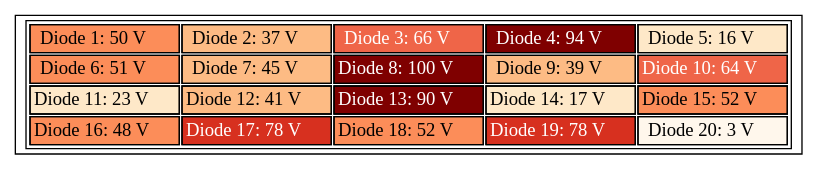
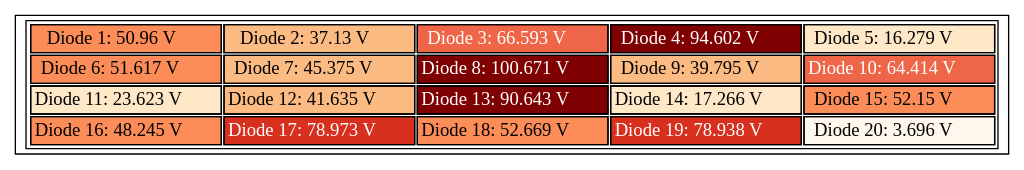
Before and after one commit to Karan-Takh/Diode-Dosimetry-Array: the diagram in array_table.gv, drawn with Graphviz. The commit also changed 2 other files, not shown here.

```diff
--- a/array_table.gv
+++ b/array_table.gv
@@ -1,33 +1,33 @@
 graph array_table {
 	node [shape=rectangle]
 	"Diode Array" [label=<<TABLE>
     <TR>
-        <TD bgcolor="5"><FONT COLOR="black">Diode 1: 50 V</FONT></TD>
-        <TD bgcolor="4"><FONT COLOR="black">Diode 2: 37 V</FONT></TD>
-        <TD bgcolor="6"><FONT COLOR="white">Diode 3: 66 V</FONT></TD>
-        <TD bgcolor="9"><FONT COLOR="white">Diode 4: 94 V</FONT></TD>
-        <TD bgcolor="2"><FONT COLOR="black">Diode 5: 16 V</FONT></TD>
+        <TD bgcolor="5"><FONT COLOR="black">Diode 1: 50.96 V</FONT></TD>
+        <TD bgcolor="4"><FONT COLOR="black">Diode 2: 37.13 V</FONT></TD>
+        <TD bgcolor="6"><FONT COLOR="white">Diode 3: 66.593 V</FONT></TD>
+        <TD bgcolor="9"><FONT COLOR="white">Diode 4: 94.602 V</FONT></TD>
+        <TD bgcolor="2"><FONT COLOR="black">Diode 5: 16.279 V</FONT></TD>
     </TR>
     <TR>
-        <TD bgcolor="5"><FONT COLOR="black">Diode 6: 51 V</FONT></TD>
-        <TD bgcolor="4"><FONT COLOR="black">Diode 7: 45 V</FONT></TD>
-        <TD bgcolor="9"><FONT COLOR="white">Diode 8: 100 V</FONT></TD>
-        <TD bgcolor="4"><FONT COLOR="black">Diode 9: 39 V</FONT></TD>
-        <TD bgcolor="6"><FONT COLOR="white">Diode 10: 64 V</FONT></TD>
+        <TD bgcolor="5"><FONT COLOR="black">Diode 6: 51.617 V</FONT></TD>
+        <TD bgcolor="4"><FONT COLOR="black">Diode 7: 45.375 V</FONT></TD>
+        <TD bgcolor="9"><FONT COLOR="white">Diode 8: 100.671 V</FONT></TD>
+        <TD bgcolor="4"><FONT COLOR="black">Diode 9: 39.795 V</FONT></TD>
+        <TD bgcolor="6"><FONT COLOR="white">Diode 10: 64.414 V</FONT></TD>
     </TR>
     <TR>
-        <TD bgcolor="2"><FONT COLOR="black">Diode 11: 23 V</FONT></TD>
-        <TD bgcolor="4"><FONT COLOR="black">Diode 12: 41 V</FONT></TD>
-        <TD bgcolor="9"><FONT COLOR="white">Diode 13: 90 V</FONT></TD>
-        <TD bgcolor="2"><FONT COLOR="black">Diode 14: 17 V</FONT></TD>
-        <TD bgcolor="5"><FONT COLOR="black">Diode 15: 52 V</FONT></TD>
+        <TD bgcolor="2"><FONT COLOR="black">Diode 11: 23.623 V</FONT></TD>
+        <TD bgcolor="4"><FONT COLOR="black">Diode 12: 41.635 V</FONT></TD>
+        <TD bgcolor="9"><FONT COLOR="white">Diode 13: 90.643 V</FONT></TD>
+        <TD bgcolor="2"><FONT COLOR="black">Diode 14: 17.266 V</FONT></TD>
+        <TD bgcolor="5"><FONT COLOR="black">Diode 15: 52.15 V</FONT></TD>
     </TR>
     <TR>
-        <TD bgcolor="5"><FONT COLOR="black">Diode 16: 48 V</FONT></TD>
-        <TD bgcolor="7"><FONT COLOR="white">Diode 17: 78 V</FONT></TD>
-        <TD bgcolor="5"><FONT COLOR="black">Diode 18: 52 V</FONT></TD>
-        <TD bgcolor="7"><FONT COLOR="white">Diode 19: 78 V</FONT></TD>
-        <TD bgcolor="1"><FONT COLOR="black">Diode 20: 3 V</FONT></TD>
+        <TD bgcolor="5"><FONT COLOR="black">Diode 16: 48.245 V</FONT></TD>
+        <TD bgcolor="7"><FONT COLOR="white">Diode 17: 78.973 V</FONT></TD>
+        <TD bgcolor="5"><FONT COLOR="black">Diode 18: 52.669 V</FONT></TD>
+        <TD bgcolor="7"><FONT COLOR="white">Diode 19: 78.938 V</FONT></TD>
+        <TD bgcolor="1"><FONT COLOR="black">Diode 20: 3.696 V</FONT></TD>
     </TR>
 </TABLE>> colorscheme=orrd9]
 }
```
